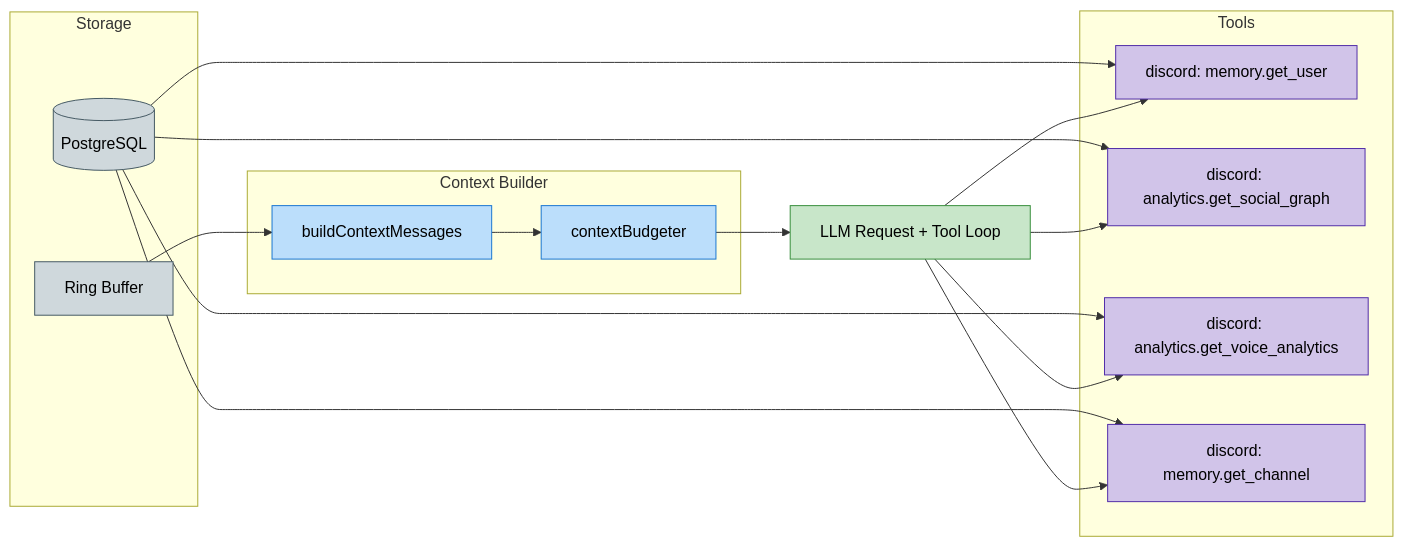
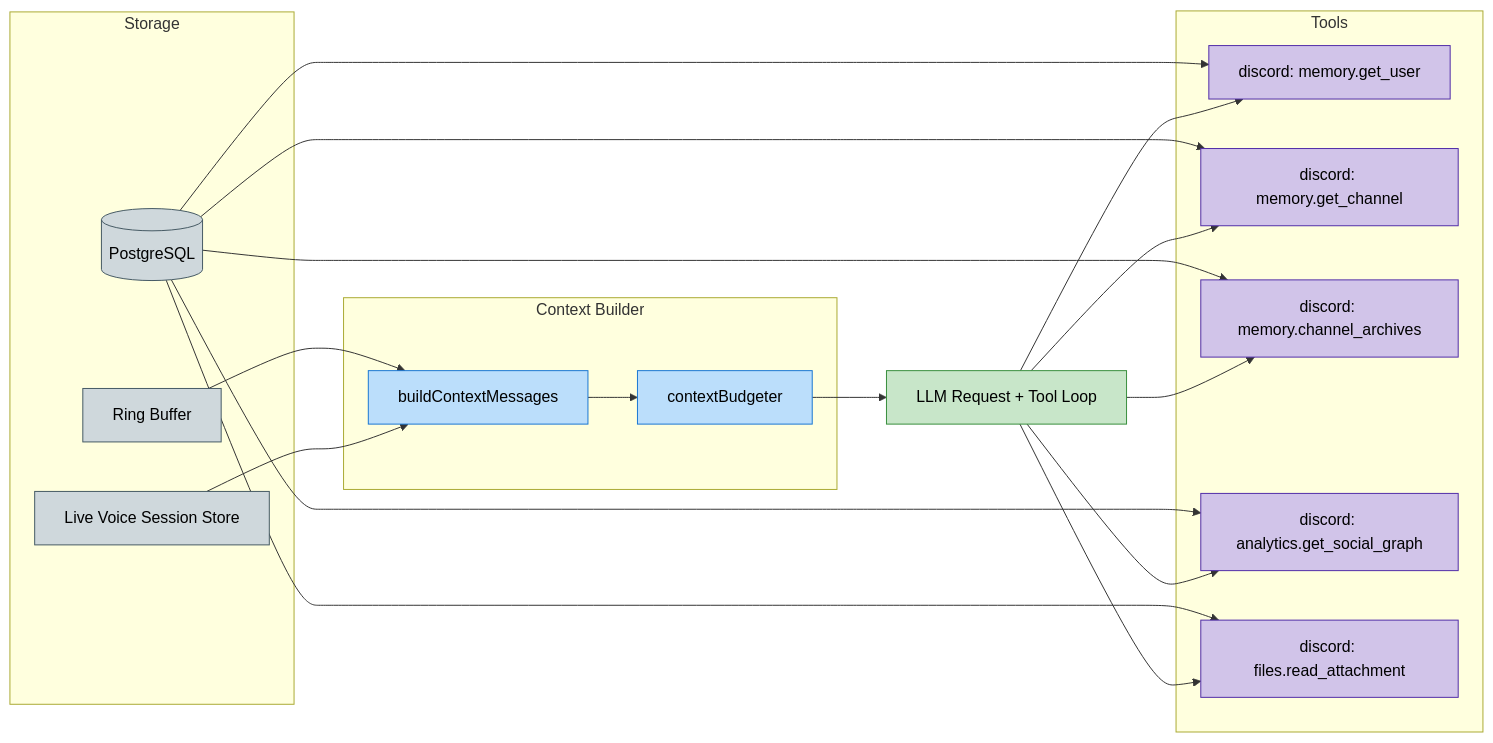
Before and after one commit to BokX1/Sage: the diagram in docs/architecture/MEMORY.md, drawn with Mermaid. The commit also changed other lines of this file and 22 other files, not shown here.

````diff
--- a/docs/architecture/MEMORY.md
+++ b/docs/architecture/MEMORY.md
@@ -65,35 +74,40 @@
 ```mermaid
 flowchart LR
     classDef storage fill:#cfd8dc,stroke:#455a64,color:black
     classDef tools fill:#d1c4e9,stroke:#512da8,color:black
     classDef builder fill:#bbdefb,stroke:#1976d2,color:black
     classDef llm fill:#c8e6c9,stroke:#388e3c,color:black
 
     subgraph Storage
         DB[(PostgreSQL)]:::storage
         RB[Ring Buffer]:::storage
+        VS[Live Voice Session Store]:::storage
     end
 
     subgraph Tools
-        MP[discord: memory.get_user]:::tools
-        SP[discord: analytics.get_social_graph]:::tools
-        VP[discord: analytics.get_voice_analytics]:::tools
-        SU[discord: memory.get_channel]:::tools
+        U[discord: memory.get_user]:::tools
+        C[discord: memory.get_channel]:::tools
+        A[discord: memory.channel_archives]:::tools
+        G[discord: analytics.get_social_graph]:::tools
+        F[discord: files.read_attachment]:::tools
     end
 
-    subgraph Context_Builder["Context Builder"]
+    subgraph Builder["Context Builder"]
         MB[buildContextMessages]:::builder
         Budget[contextBudgeter]:::builder
     end
 
     RB --> MB
+    VS --> MB
     MB --> Budget --> LLM[LLM Request + Tool Loop]:::llm
-    DB --> MP
-    DB --> SP
-    DB --> VP
-    DB --> SU
-    LLM --> MP
-    LLM --> SP
-    LLM --> VP
-    LLM --> SU
+    DB --> U
+    DB --> C
+    DB --> A
+    DB --> G
+    DB --> F
+    LLM --> U
+    LLM --> C
+    LLM --> A
+    LLM --> G
+    LLM --> F
 ```
````
